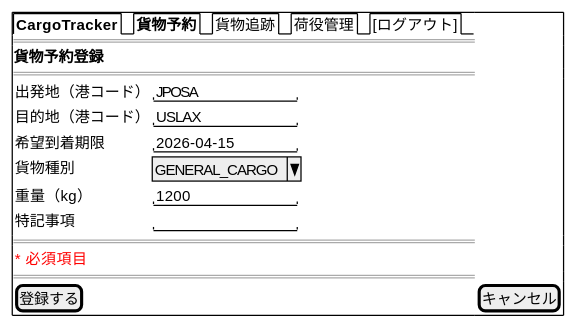
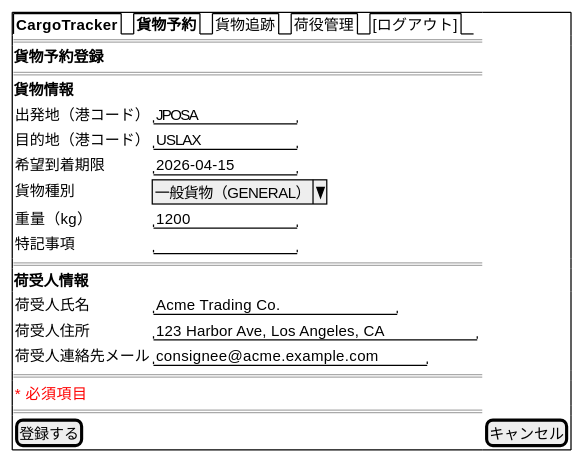
Before and after one commit to k2works/case-study-cargo-tracker: the sixth of 23 diagrams in docs/design/ui_design.md, drawn with PlantUML. The commit also changed other lines of this file, not shown here.

````diff
--- a/docs/design/ui_design.md
+++ b/docs/design/ui_design.md
@@ -439,24 +493,32 @@
 ```plantuml
 @startsalt
 {+
   {/ <b>CargoTracker</b> | <b>貨物予約</b> | 貨物追跡 | 荷役管理 | [ログアウト] }
   ==
   <b>貨物予約登録</b>
   ==
+  <b>貨物情報</b>
   {
     出発地（港コード）  | "JPOSA         "
     目的地（港コード）  | "USLAX         "
     希望到着期限        | "2026-04-15    "
-    貨物種別            | ^GENERAL_CARGO^
+    貨物種別            | ^一般貨物（GENERAL）^
     重量（kg）          | "1200          "
     特記事項            | "              "
+  }
+  ==
+  <b>荷受人情報</b>
+  {
+    荷受人氏名          | "Acme Trading Co.        "
+    荷受人住所          | "123 Harbor Ave, Los Angeles, CA "
+    荷受人連絡先メール  | "consignee@acme.example.com "
   }
   ==
   {
     <color:red>* 必須項目</color>
   }
   ==
   [登録する] | [キャンセル]
 }
 @endsalt
 ```
````
